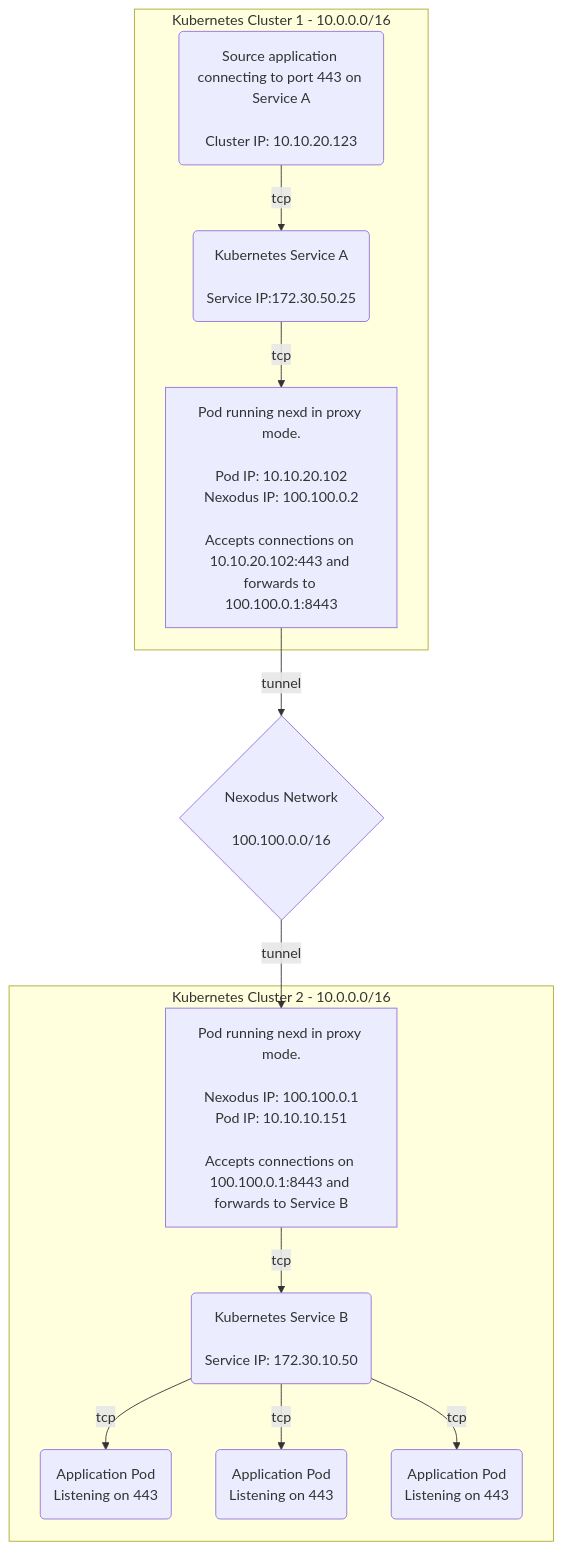
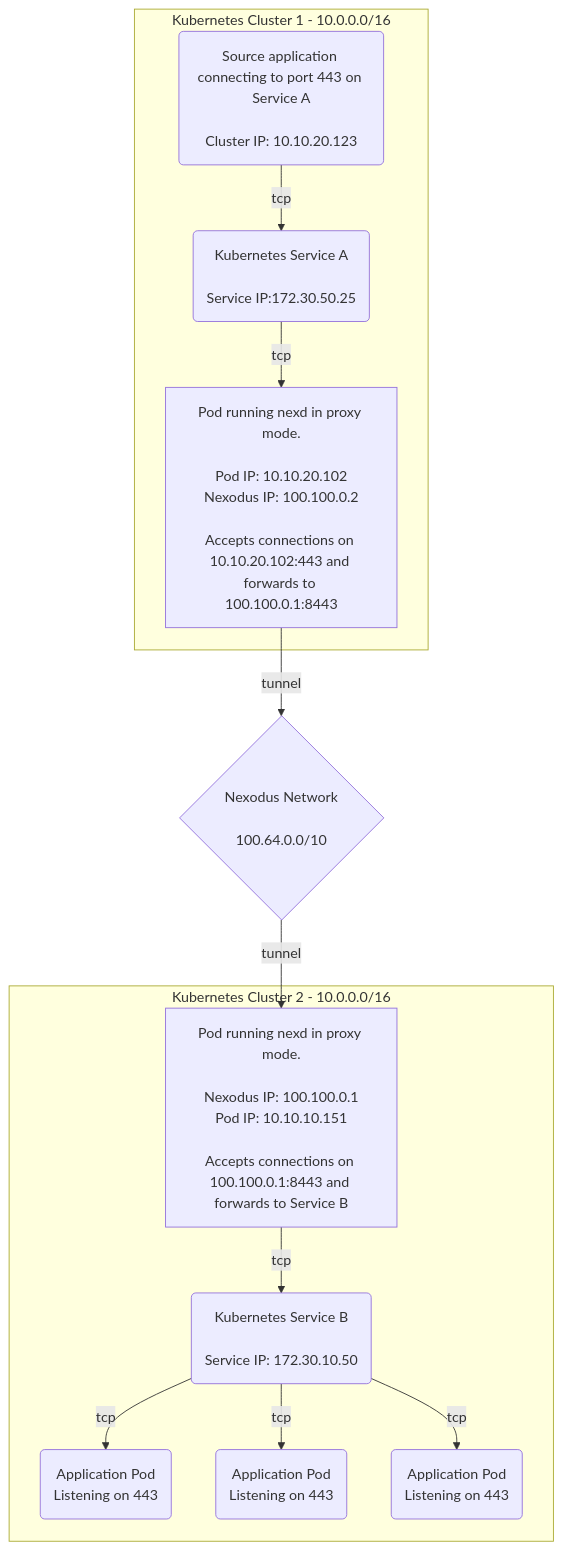
The third of 4 diagrams in docs/development/design/nexlink.md (nexodus-io/nexodus), drawn with Mermaid before and after one commit. The commit also changed other lines of this file and 22 other files, not shown here.

````diff
--- a/docs/development/design/nexlink.md
+++ b/docs/development/design/nexlink.md
@@ -89,22 +89,22 @@
 ```mermaid
 flowchart TD
  linkStyle default interpolate basis
- network{Nexodus Network<br/><br/>100.100.0.0/16}
+ network{Nexodus Network<br/><br/>100.64.0.0/10}
  container1[Pod running nexd in proxy mode.<br/><br/>Pod IP: 10.10.20.102<br/>Nexodus IP: 100.100.0.2<br/><br/>Accepts connections on 10.10.20.102:443 and forwards to 100.100.0.1:8443]-->|tunnel|network
 
  subgraph Kubernetes Cluster 1 - 10.0.0.0/16
  dest1(Source application connecting to port 443 on Service A<br/><br/>Cluster IP: 10.10.20.123)-->|tcp|service1(Kubernetes Service A<br/><br/>Service IP:172.30.50.25)
  service1-->|tcp|container1
  end
 
 
-  network{Nexodus Network<br/><br/>100.100.0.0/16}
+  network{Nexodus Network<br/><br/>100.64.0.0/10}
  network-->|tunnel|container[Pod running nexd in proxy mode.<br/><br/>Nexodus IP: 100.100.0.1<br/>Pod IP: 10.10.10.151<br/><br/>Accepts connections on 100.100.0.1:8443 and forwards to Service B]
 
  subgraph Kubernetes Cluster 2 - 10.0.0.0/16
  container-->|tcp|dest(Kubernetes Service B<br/><br/>Service IP: 172.30.10.50)
  dest-->|tcp|pod(Application Pod<br/>Listening on 443)
  dest-->|tcp|pod2(Application Pod<br/>Listening on 443)
  dest-->|tcp|pod3(Application Pod<br/>Listening on 443)
  end
 ```
````
